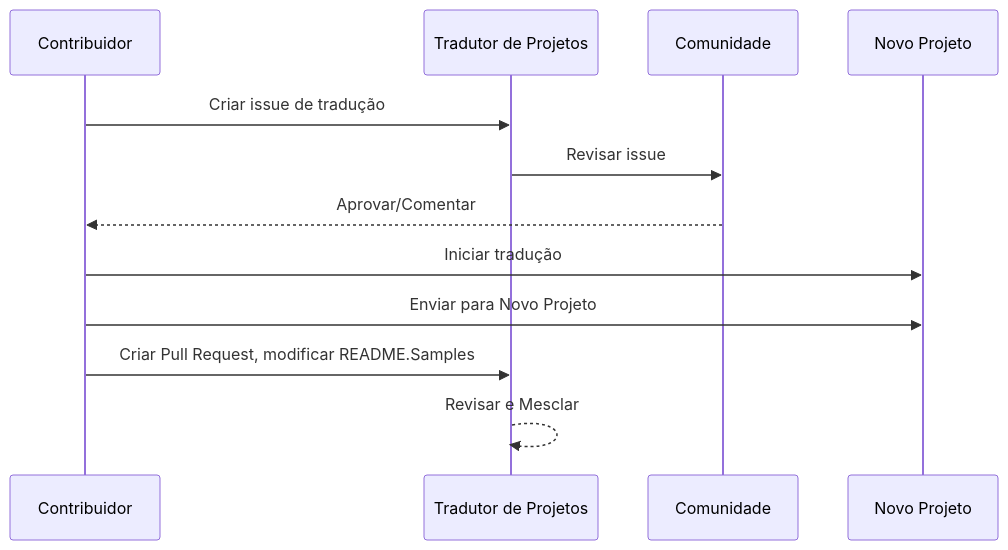
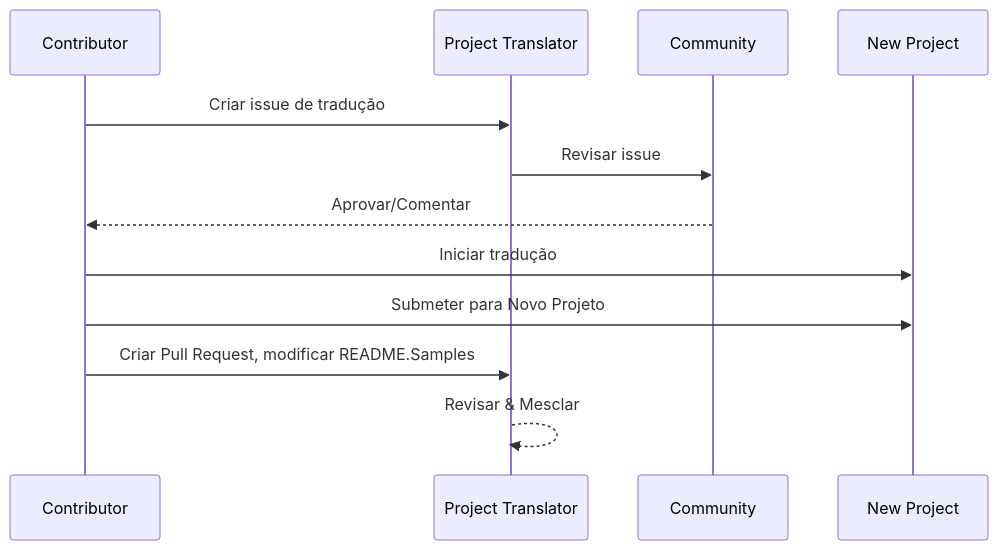
The diagram in readmes/README.pt-br.md (Project-Translation/project_translator), drawn with Mermaid before and after one commit. The commit also changed other lines of this file and 48 other files, not shown here.

````diff
--- a/readmes/README.pt-br.md
+++ b/readmes/README.pt-br.md
@@ -50,10 +56,10 @@
 ```mermaid
 sequenceDiagram
-  Contribuidor->>Tradutor de Projetos: Criar issue de tradução
-  Tradutor de Projetos->>Comunidade: Revisar issue
-  Comunidade-->>Contribuidor: Aprovar/Comentar
-  Contribuidor->>Novo Projeto: Iniciar tradução
-  Contribuidor->>Novo Projeto: Enviar para Novo Projeto
-  Contribuidor->>Tradutor de Projetos: Criar Pull Request, modificar README.Samples
-  Tradutor de Projetos-->>Tradutor de Projetos: Revisar e Mesclar
+  Contributor->>Project Translator: Criar issue de tradução
+  Project Translator->>Community: Revisar issue
+  Community-->>Contributor: Aprovar/Comentar
+  Contributor->>New Project: Iniciar tradução
+  Contributor->>New Project: Submeter para Novo Projeto
+  Contributor->>Project Translator: Criar Pull Request, modificar README.Samples
+  Project Translator-->>Project Translator: Revisar & Mesclar
 ```
````
